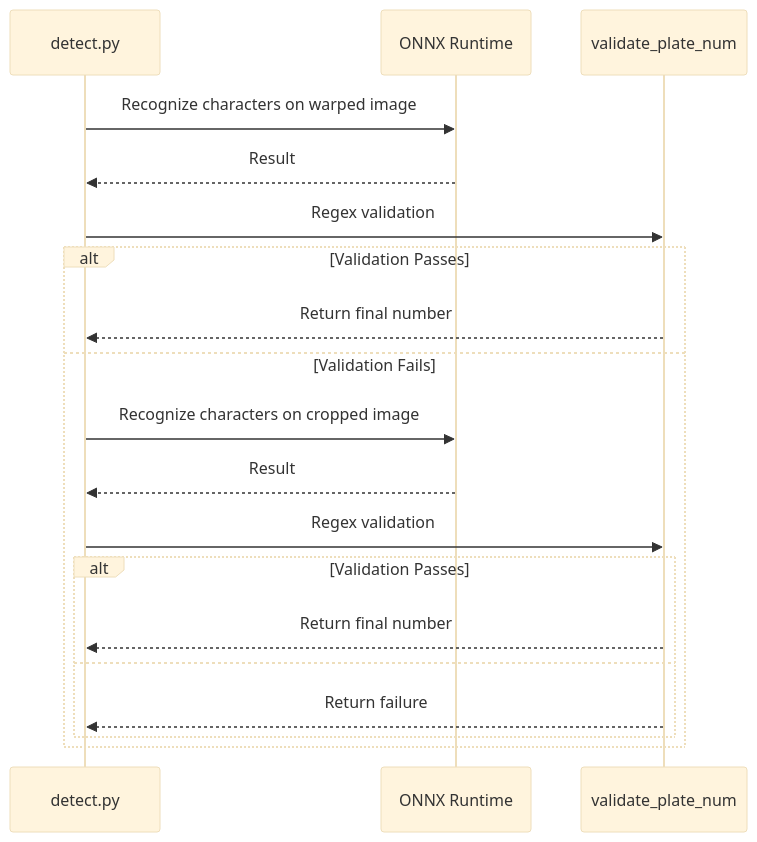
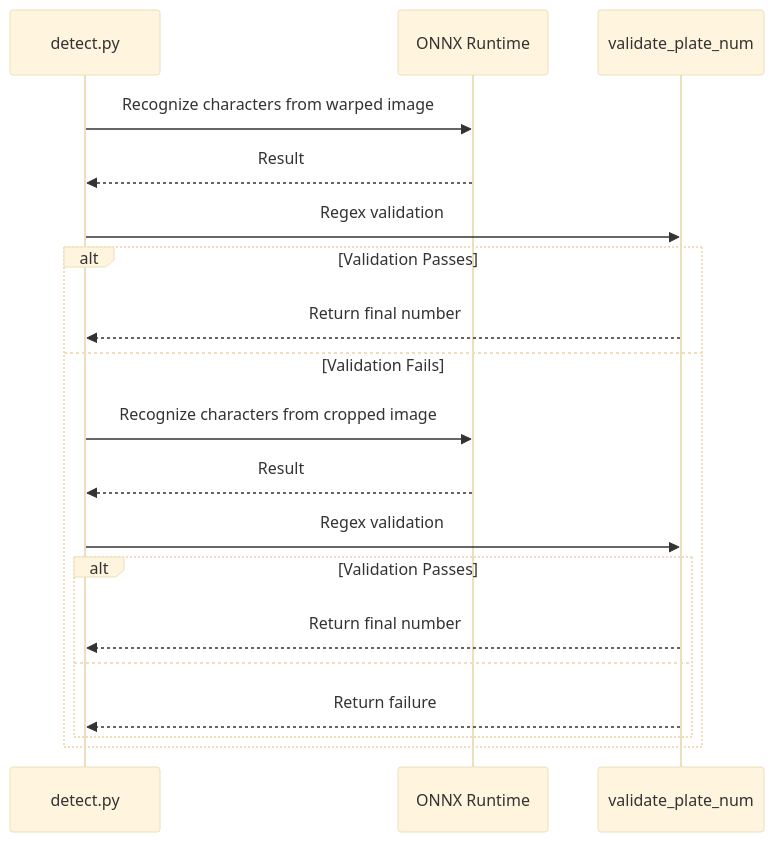
The second of 2 diagrams in src/content/blog/korean-license-plate-deep-dive/en.md (mandacode-labs/mandacode-devs), drawn with Mermaid (base theme) before and after one commit. The commit also changed other lines of this file and 28 other files, not shown here.

````diff
--- a/src/content/blog/korean-license-plate-deep-dive/en.md
+++ b/src/content/blog/korean-license-plate-deep-dive/en.md
@@ -98,23 +96,23 @@
 ```mermaid
 sequenceDiagram
     participant Detect as detect.py
     participant ONNX as ONNX Runtime
     participant Validate as validate_plate_num
 
-    Detect->>ONNX: Recognize characters on warped image
+    Detect->>ONNX: Recognize characters from warped image
     ONNX-->>Detect: Result
     Detect->>Validate: Regex validation
 
     alt Validation Passes
         Validate-->>Detect: Return final number
     else Validation Fails
-        Detect->>ONNX: Recognize characters on cropped image
+        Detect->>ONNX: Recognize characters from cropped image
         ONNX-->>Detect: Result
         Detect->>Validate: Regex validation
         alt Validation Passes
             Validate-->>Detect: Return final number
         else
             Validate-->>Detect: Return failure
         end
     end
 ```
````
